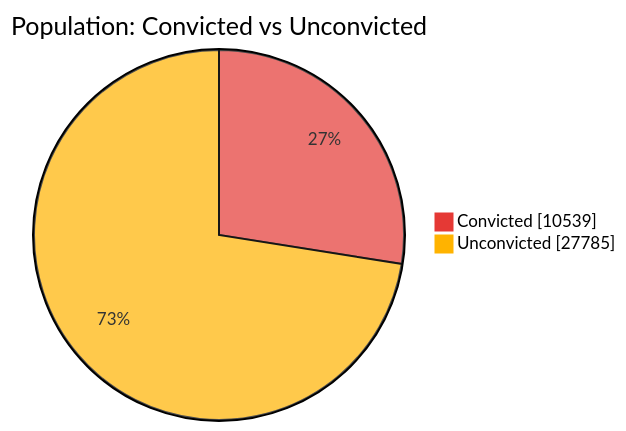
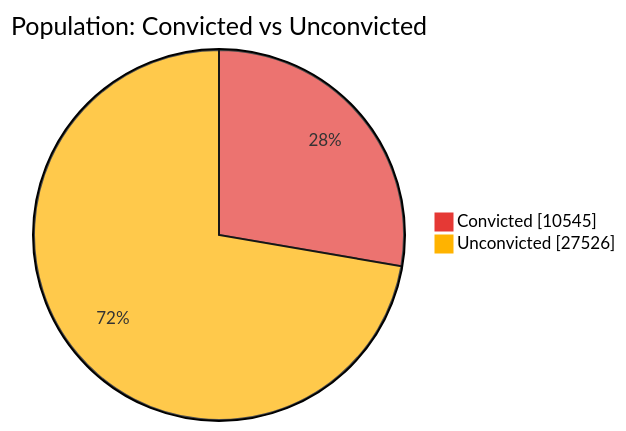
One commit to nuuuwan/lk_prisons changed the first of 7 diagrams in README.md. Above: the diagram before and after it, drawn with Mermaid. The commit also changed other lines of this file and 1 other file, not shown here.

````diff
--- a/README.md
+++ b/README.md
@@ -43,6 +43,6 @@
 ```mermaid
 %%{init: {'themeVariables': {'pie1': '#E53935', 'pie2': '#FFB300'}}}%%
 pie showData title Population: Convicted vs Unconvicted
-    "Convicted" : 10539
-    "Unconvicted" : 27785
+    "Convicted" : 10545
+    "Unconvicted" : 27526
 ```
````
